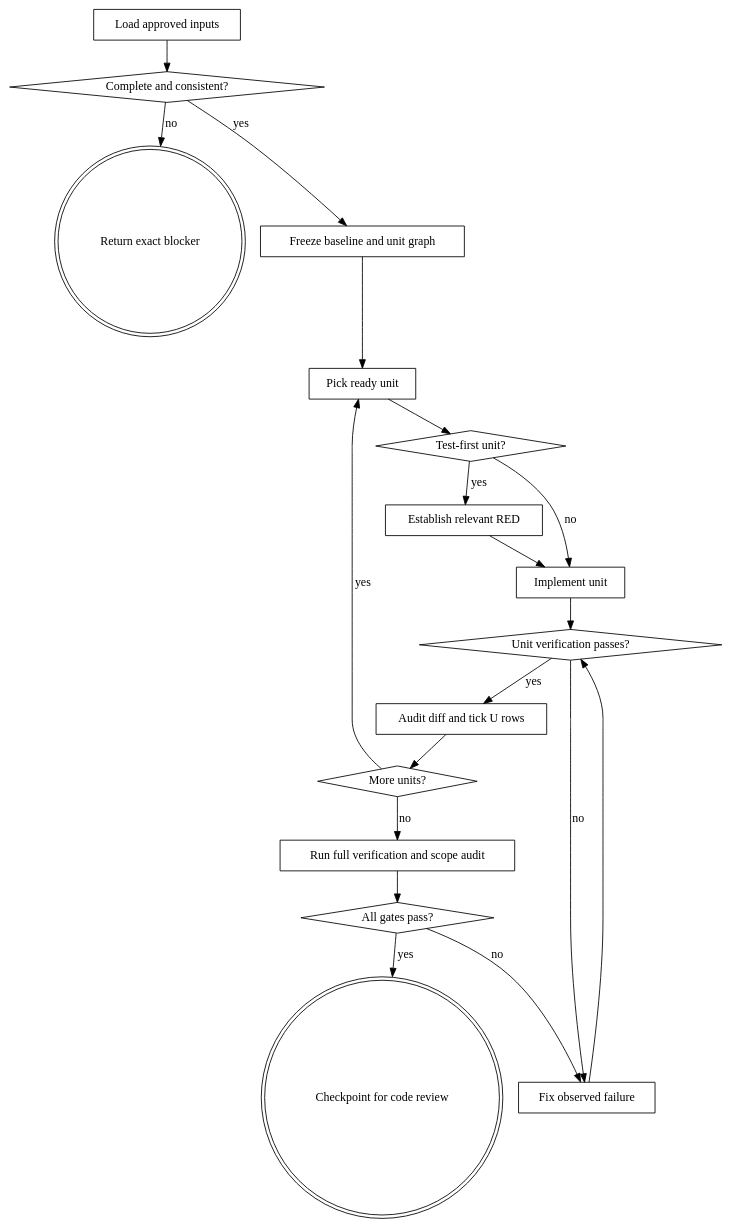
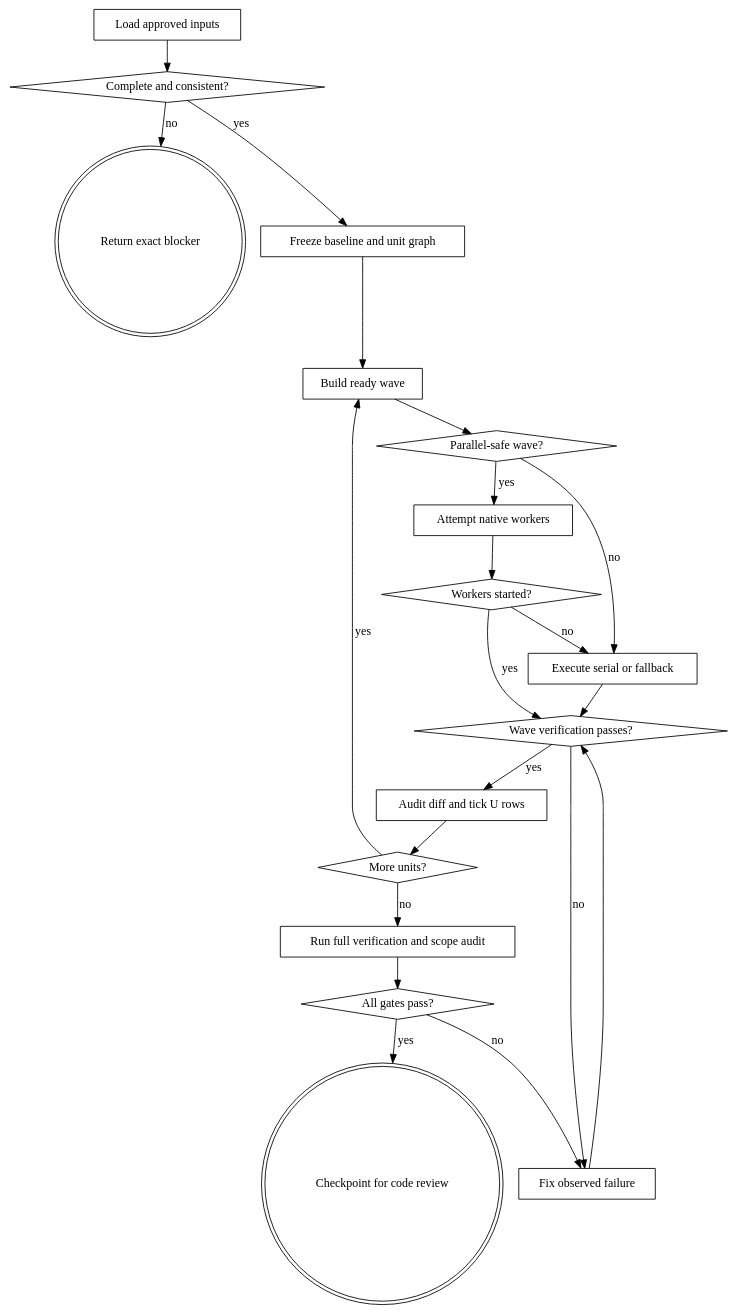
One commit to waynejing995/wayne-taste changed the diagram in wayne-work/SKILL.md. Above: the diagram before and after it, drawn with Graphviz. The commit also changed other lines of this file and 19 other files, not shown here.

First line of the commit message:
fix:/wayne-work - restore safe parallel waves

````diff
--- a/wayne-work/SKILL.md
+++ b/wayne-work/SKILL.md
@@ -22,39 +20,42 @@
 ```dot
 digraph work {
     rankdir=TB;
     A [label="Load approved inputs", shape=box];
     B [label="Complete and consistent?", shape=diamond];
     X [label="Return exact blocker", shape=doublecircle];
     C [label="Freeze baseline and unit graph", shape=box];
-    D [label="Pick ready unit", shape=box];
-    E [label="Test-first unit?", shape=diamond];
-    R [label="Establish relevant RED", shape=box];
-    F [label="Implement unit", shape=box];
-    G [label="Unit verification passes?", shape=diamond];
+    D [label="Build ready wave", shape=box];
+    E [label="Parallel-safe wave?", shape=diamond];
+    R [label="Attempt native workers", shape=box];
+    P [label="Workers started?", shape=diamond];
+    F [label="Execute serial or fallback", shape=box];
+    G [label="Wave verification passes?", shape=diamond];
     T [label="Fix observed failure", shape=box];
     H [label="Audit diff and tick U rows", shape=box];
     I [label="More units?", shape=diamond];
     J [label="Run full verification and scope audit", shape=box];
     K [label="All gates pass?", shape=diamond];
     L [label="Checkpoint for code review", shape=doublecircle];
 
     A -> B;
     B -> X [label="no"];
     B -> C [label="yes"];
     C -> D;
     D -> E;
     E -> R [label="yes"];
     E -> F [label="no"];
-    R -> F;
+    R -> P;
+    P -> G [label="yes"];
+    P -> F [label="no"];
     F -> G;
     G -> T [label="no"];
     T -> G;
     G -> H [label="yes"];
     H -> I;
     I -> D [label="yes"];
     I -> J [label="no"];
     J -> K;
     K -> T [label="no"];
     K -> L [label="yes"];
 }
 ```
````
